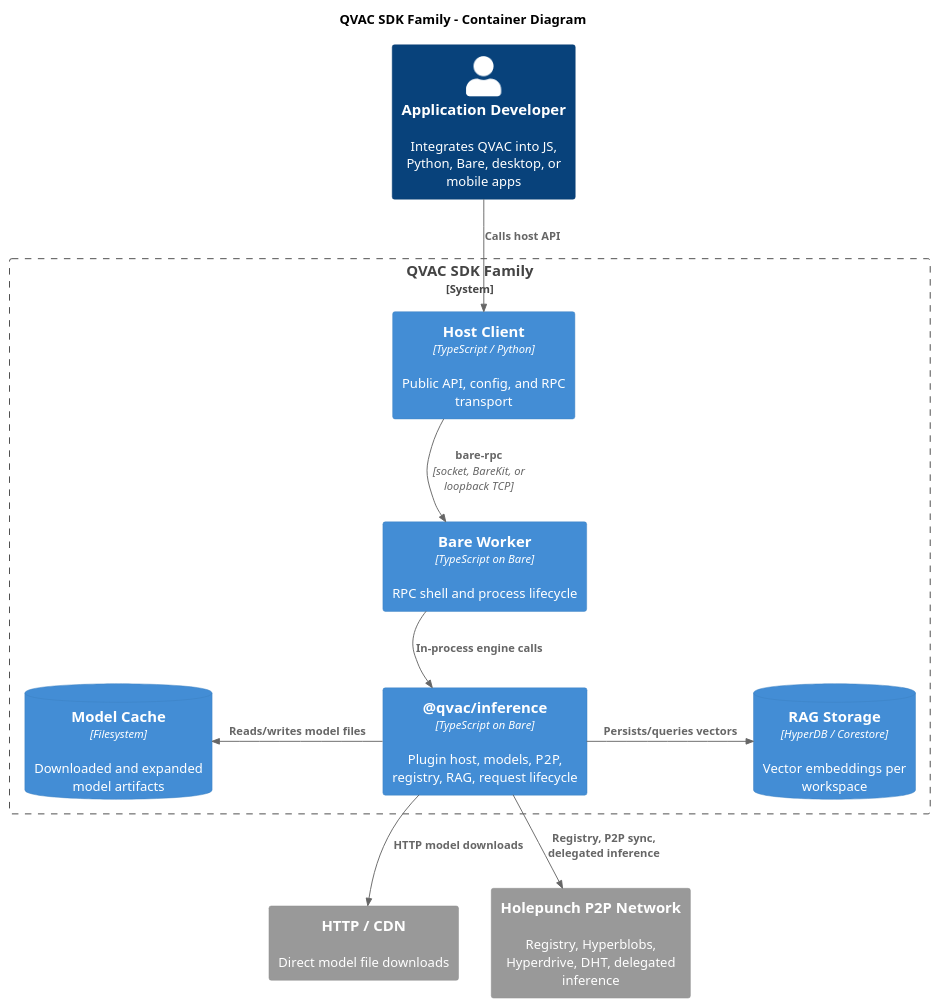
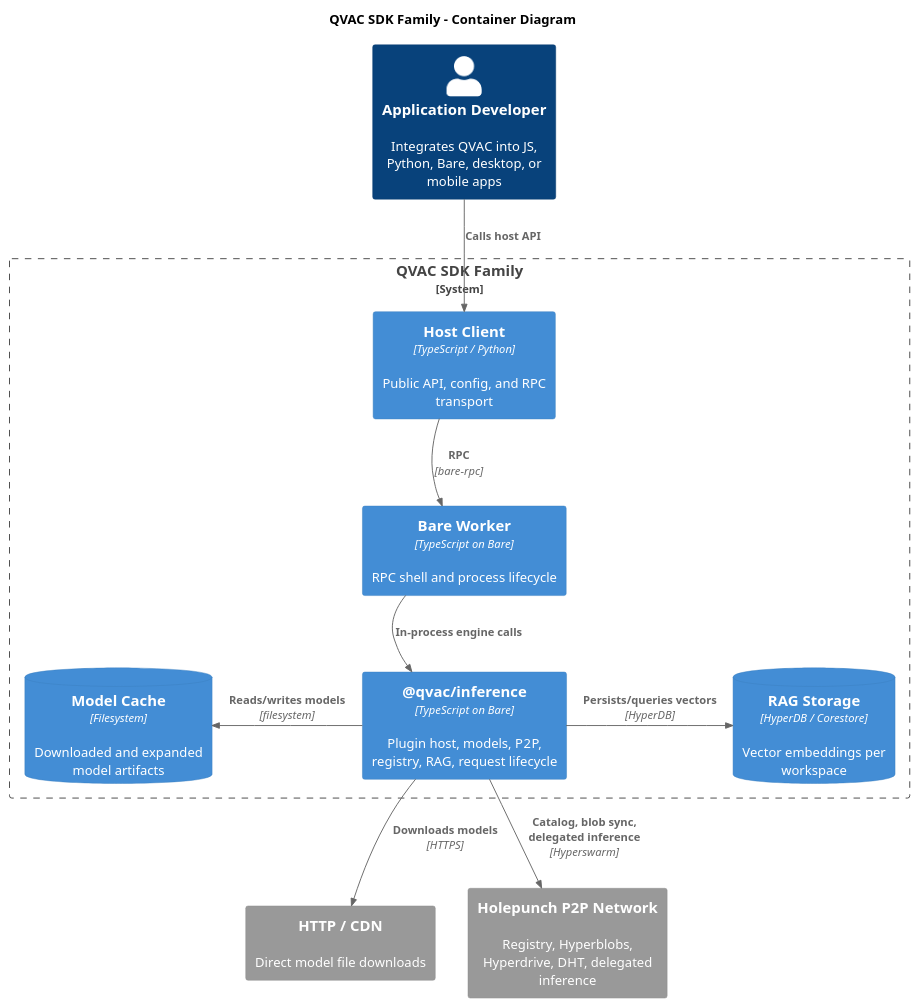
One commit to tetherto/qvac changed the diagram in docs/architecture/puml/02-container.puml. Above: the diagram before and after it, drawn with PlantUML. The commit also changed 10 other files, not shown here.

```diff
--- a/docs/architecture/puml/02-container.puml
+++ b/docs/architecture/puml/02-container.puml
@@ -1,32 +1,32 @@
 @startuml
 !include <C4/C4_Container>
 HIDE_STEREOTYPE()
 
 title QVAC SDK Family - Container Diagram
 
 Person(dev, "Application Developer", "Integrates QVAC into JS, Python, Bare, desktop, or mobile apps")
 
 System_Boundary(sdk, "QVAC SDK Family") {
     Container(client, "Host Client", "TypeScript / Python", "Public API, config, and RPC transport")
     Container(worker, "Bare Worker", "TypeScript on Bare", "RPC shell and process lifecycle")
     Container(engine, "@qvac/inference", "TypeScript on Bare", "Plugin host, models, P2P, registry, RAG, request lifecycle")
     ContainerDb(cache, "Model Cache", "Filesystem", "Downloaded and expanded model artifacts")
     ContainerDb(rag_store, "RAG Storage", "HyperDB / Corestore", "Vector embeddings per workspace")
 }
 
 System_Ext(http, "HTTP / CDN", "Direct model file downloads")
 System_Ext(p2p, "Holepunch P2P Network", "Registry, Hyperblobs, Hyperdrive, DHT, delegated inference")
 
 Rel_D(dev, client, "Calls host API")
-Rel_D(client, worker, "bare-rpc", "socket, BareKit, or loopback TCP")
+Rel_D(client, worker, "RPC", "bare-rpc")
 Rel_D(worker, engine, "In-process engine calls")
-Rel_L(engine, cache, "Reads/writes model files")
-Rel_R(engine, rag_store, "Persists/queries vectors")
-Rel_D(engine, http, "HTTP model downloads")
-Rel_D(engine, p2p, "Registry, P2P sync, delegated inference")
+Rel_L(engine, cache, "Reads/writes models", "filesystem")
+Rel_R(engine, rag_store, "Persists/queries vectors", "HyperDB")
+Rel_D(engine, http, "Downloads models", "HTTPS")
+Rel_D(engine, p2p, "Catalog, blob sync, delegated inference", "Hyperswarm")
 
 Lay_D(client, worker)
 Lay_D(worker, engine)
 Lay_R(http, p2p)
 
 @enduml
```
